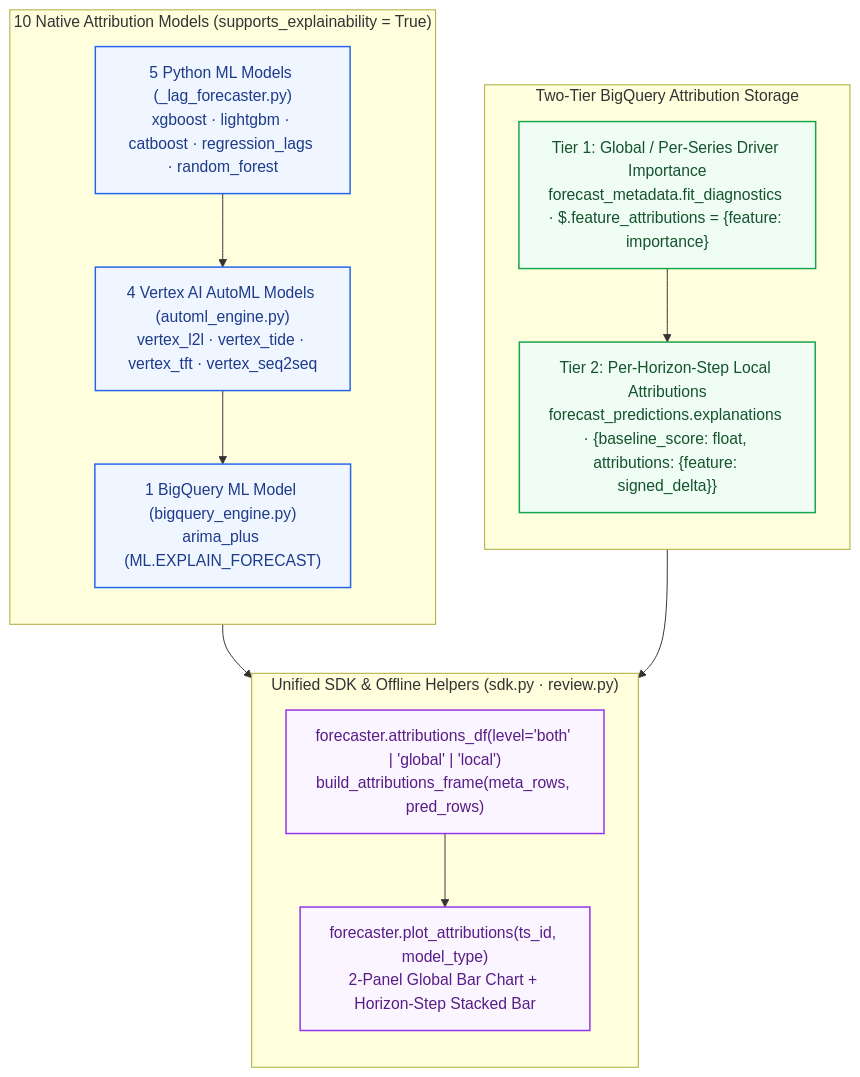
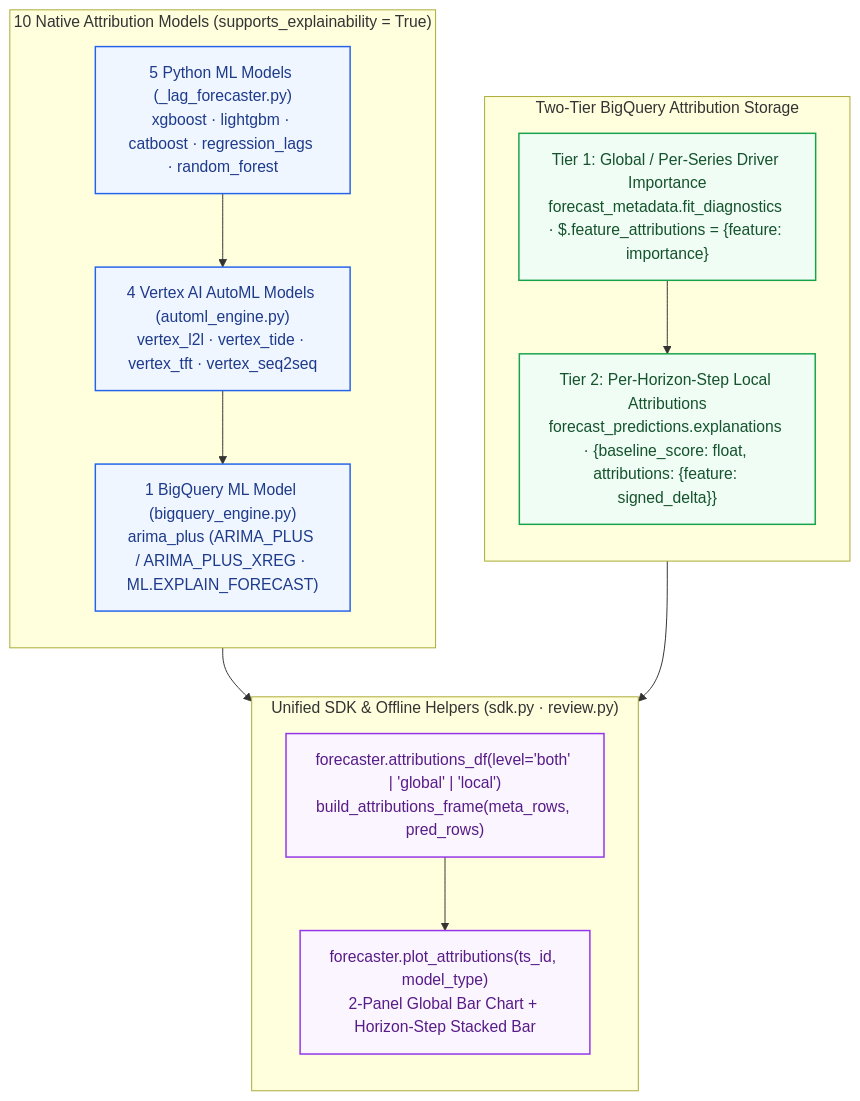
Before and after one commit to statmike/scale-forecasting: the second of 2 diagrams in docs/models_reference.md, drawn with Mermaid. The commit also changed other lines of this file and 7 other files, not shown here.

Commit message:
feat(bq-agent,docs): title agent conversations and clarify ARIMA_PLUS_XREG & showcase metrics

````diff
--- a/docs/models_reference.md
+++ b/docs/models_reference.md
@@ -243,30 +247,30 @@
 ```mermaid
 flowchart TD
     classDef mods fill:#eff6ff,stroke:#2563eb,stroke-width:1.5px,color:#1e3a8a
     classDef tiers fill:#f0fdf4,stroke:#16a34a,stroke-width:1.5px,color:#14532d
     classDef sdk fill:#faf5ff,stroke:#9333ea,stroke-width:1.5px,color:#581c87
 
     subgraph Models["10 Native Attribution Models (supports_explainability = True)"]
         direction TB
         ML_MODS["5 Python ML Models (_lag_forecaster.py)<br/>xgboost · lightgbm · catboost · regression_lags · random_forest"]:::mods
         AML_MODS["4 Vertex AI AutoML Models (automl_engine.py)<br/>vertex_l2l · vertex_tide · vertex_tft · vertex_seq2seq"]:::mods
-        BQ_MODS["1 BigQuery ML Model (bigquery_engine.py)<br/>arima_plus (ML.EXPLAIN_FORECAST)"]:::mods
+        BQ_MODS["1 BigQuery ML Model (bigquery_engine.py)<br/>arima_plus (ARIMA_PLUS / ARIMA_PLUS_XREG · ML.EXPLAIN_FORECAST)"]:::mods
         ML_MODS --> AML_MODS --> BQ_MODS
     end
 
     subgraph Tiers["Two-Tier BigQuery Attribution Storage"]
         direction TB
         T1_BQ["Tier 1: Global / Per-Series Driver Importance<br/>forecast_metadata.fit_diagnostics · $.feature_attributions = {feature: importance}"]:::tiers
         T2_BQ["Tier 2: Per-Horizon-Step Local Attributions<br/>forecast_predictions.explanations · {baseline_score: float, attributions: {feature: signed_delta}}"]:::tiers
         T1_BQ --> T2_BQ
     end
 
     subgraph SDK["Unified SDK & Offline Helpers (sdk.py · review.py)"]
         direction TB
         DF["forecaster.attributions_df(level='both' | 'global' | 'local')<br/>build_attributions_frame(meta_rows, pred_rows)"]:::sdk
         PLT["forecaster.plot_attributions(ts_id, model_type)<br/>2-Panel Global Bar Chart + Horizon-Step Stacked Bar"]:::sdk
         DF --> PLT
     end
 
     Models & Tiers --> SDK
 ```
````
